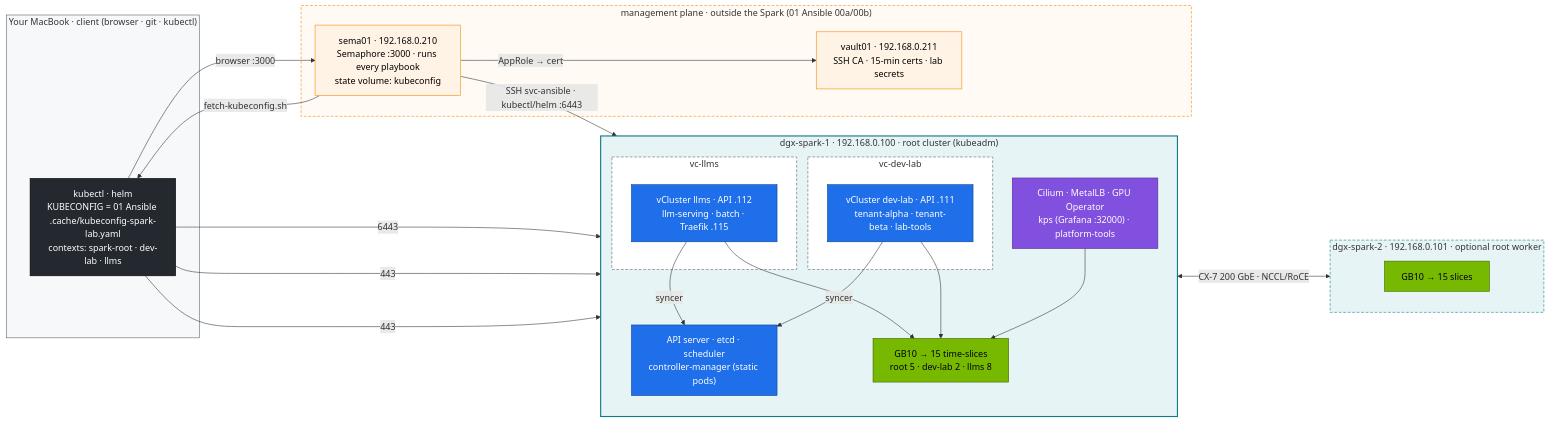
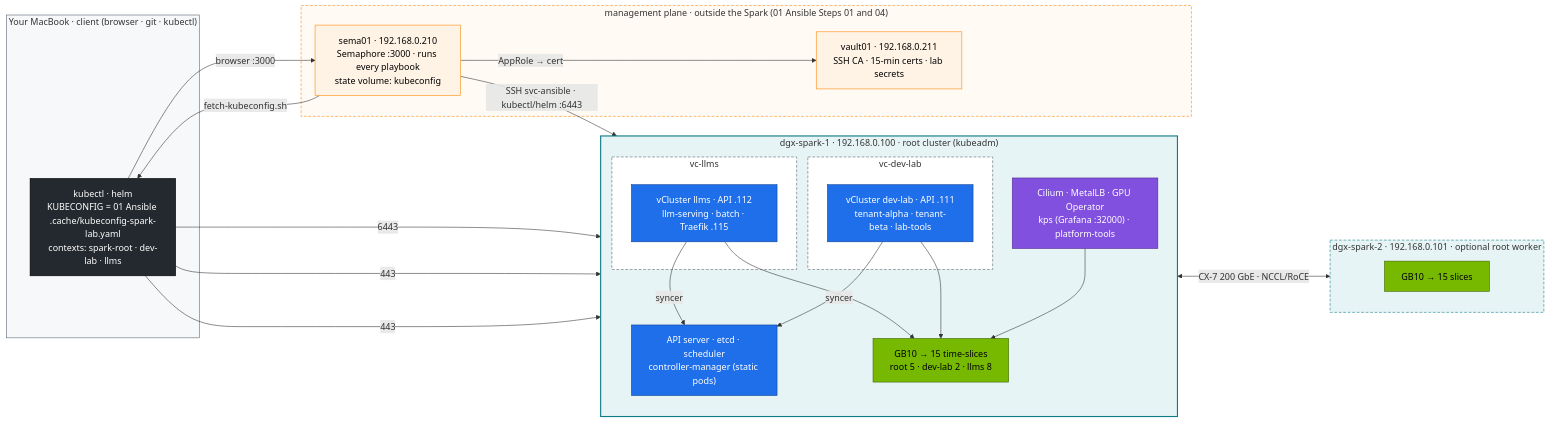
The diagram in 02 Kubernetes/lab/README.md (cloudone365/technical-depth), drawn with Mermaid before and after one commit. The commit also changed other lines of this file and 92 other files, not shown here.

````diff
--- a/02 Kubernetes/lab/README.md
+++ b/02 Kubernetes/lab/README.md
@@ -65,53 +65,53 @@
 ```mermaid
 flowchart LR
   subgraph CTL["Your MacBook · client (browser · git · kubectl)"]
     K["kubectl · helm<br/>KUBECONFIG = 01 Ansible .cache/kubeconfig-spark-lab.yaml<br/>contexts: spark-root · dev-lab · llms"]
   end
-  subgraph MGMT["management plane · outside the Spark (01 Ansible 00a/00b)"]
+  subgraph MGMT["management plane · outside the Spark (01 Ansible Steps 01 and 04)"]
     SEMA["sema01 · 192.168.0.210<br/>Semaphore :3000 · runs every playbook<br/>state volume: kubeconfig"]
     VLT["vault01 · 192.168.0.211<br/>SSH CA · 15-min certs · lab secrets"]
   end
   subgraph S1["dgx-spark-1 · 192.168.0.100 · root cluster (kubeadm)"]
     direction TB
     CP["API server · etcd · scheduler<br/>controller-manager (static pods)"]
     PL["Cilium · MetalLB · GPU Operator<br/>kps (Grafana :32000) · platform-tools"]
     subgraph VD["vc-dev-lab"]
       DV["vCluster dev-lab · API .111<br/>tenant-alpha · tenant-beta · lab-tools"]
     end
     subgraph VL["vc-llms"]
       LV["vCluster llms · API .112<br/>llm-serving · batch · Traefik .115"]
     end
     GPU["GB10 → 15 time-slices<br/>root 5 · dev-lab 2 · llms 8"]
   end
   subgraph S2["dgx-spark-2 · 192.168.0.101 · optional root worker"]
     G2["GB10 → 15 slices"]
   end
   K -->|"browser :3000"| SEMA
   SEMA -->|"fetch-kubeconfig.sh"| K
   SEMA -->|"AppRole → cert"| VLT
   SEMA -->|"SSH svc-ansible · kubectl/helm :6443"| S1
   K -->|6443| CP
   K -->|443| DV
   K -->|443| LV
   DV & LV -->|syncer| CP
   PL --> GPU
   DV & LV --> GPU
   S1 <-->|"CX-7 200 GbE · NCCL/RoCE"| S2
   classDef ctrl fill:#1f6feb,stroke:#0b3d91,color:#fff
   classDef gpu fill:#76b900,stroke:#3d6000,color:#000
   classDef net fill:#8250df,stroke:#4c2889,color:#fff
   classDef tenant fill:#eaeef2,stroke:#57606a,color:#000
   classDef ext fill:#24292f,stroke:#000,color:#fff
   class CP,DV,LV ctrl
   class GPU,G2 gpu
   class PL net
   class K ext
   classDef mgmt fill:#fff3e6,stroke:#fb8500,color:#000
   class SEMA,VLT mgmt
   style S1 fill:#e6f4f5,stroke:#0e7c86,stroke-width:2px
   style S2 fill:#e6f4f5,stroke:#0e7c86,stroke-dasharray:5 3
   style CTL fill:#f6f8fa,stroke:#57606a
   style MGMT fill:#fffaf3,stroke:#fb8500,stroke-dasharray:5 3
   style VD fill:#ffffff,stroke:#57606a,stroke-dasharray:5 3
   style VL fill:#ffffff,stroke:#57606a,stroke-dasharray:5 3
 ```
````
